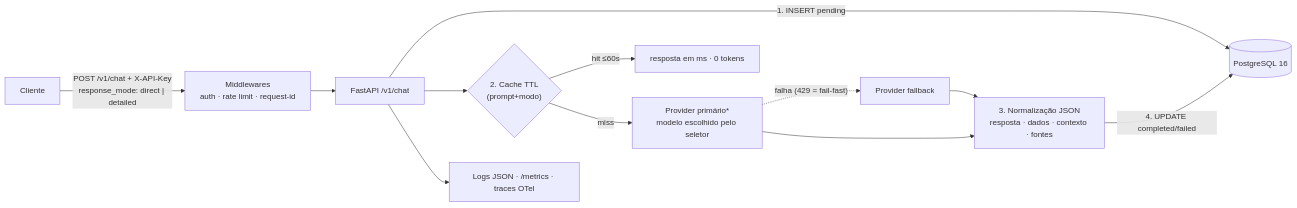
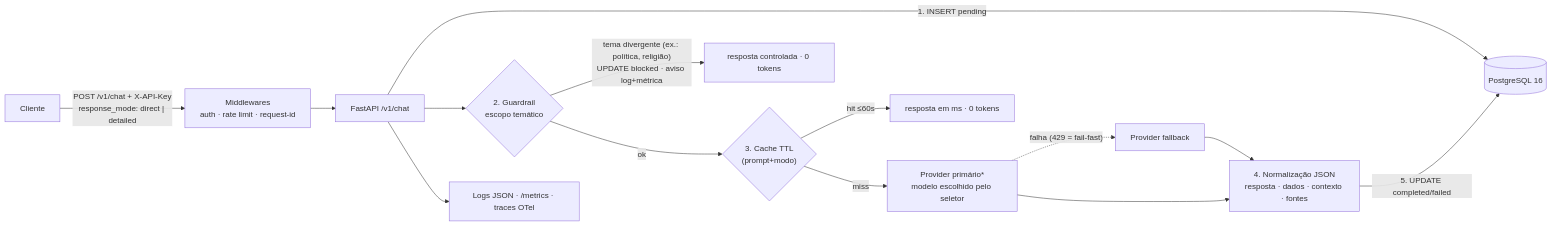
The diagram in README.md (felipefb/demo_ms_llm), drawn with Mermaid before and after one commit. The commit also changed other lines of this file and 14 other files, not shown here.

First line of the commit message:
Adiciona guardrail de escopo temático com bloqueio auditável e aviso

````diff
--- a/README.md
+++ b/README.md
@@ -84,13 +86,15 @@
 ```mermaid
 flowchart LR
     C[Cliente] -->|"POST /v1/chat + X-API-Key<br/>response_mode: direct | detailed"| M["Middlewares<br/>auth · rate limit · request-id"]
     M --> API["FastAPI /v1/chat"]
     API -->|"1. INSERT pending"| DB[("PostgreSQL 16")]
-    API --> K{"2. Cache TTL<br/>(prompt+modo)"}
+    API --> G{"2. Guardrail<br/>escopo temático"}
+    G -->|"tema divergente (ex.: política, religião)<br/>UPDATE blocked · aviso log+métrica"| R0["resposta controlada · 0 tokens"]
+    G -->|ok| K{"3. Cache TTL<br/>(prompt+modo)"}
     K -->|"hit ≤60s"| R["resposta em ms · 0 tokens"]
     K -->|miss| P1["Provider primário*<br/>modelo escolhido pelo seletor"]
     P1 -.->|"falha (429 = fail-fast)"| P2["Provider fallback"]
-    P1 & P2 --> N["3. Normalização JSON<br/>resposta · dados · contexto · fontes"]
-    N -->|"4. UPDATE completed/failed"| DB
+    P1 & P2 --> N["4. Normalização JSON<br/>resposta · dados · contexto · fontes"]
+    N -->|"5. UPDATE completed/failed"| DB
     API --> OBS["Logs JSON · /metrics · traces OTel"]
 ```
````
